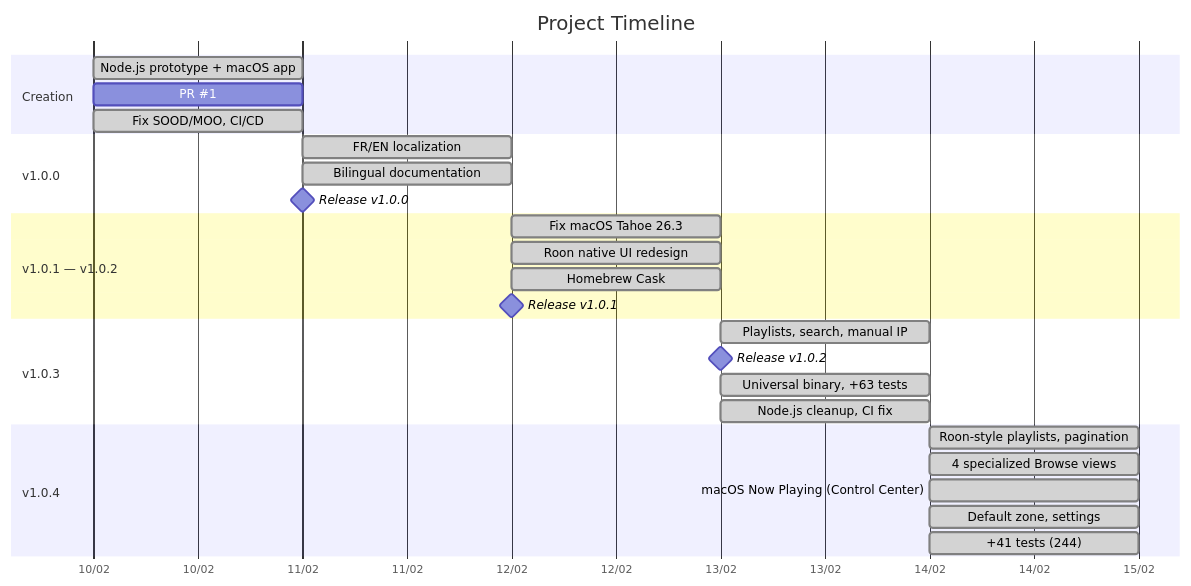
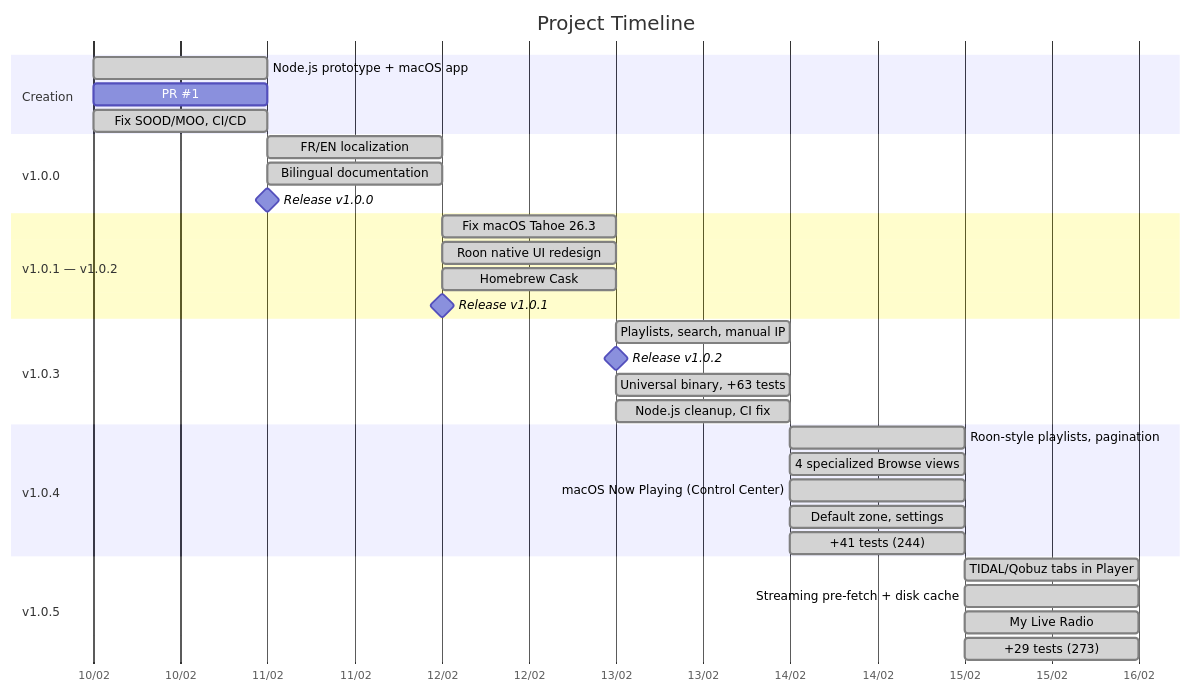
The diagram in docs/PROJECT_JOURNAL.en.md (renesenses/roon-controller), drawn with Mermaid before and after one commit. The commit also changed other lines of this file and 9 other files, not shown here.

Commit message:
Update docs for v1.0.5: changelog, README, architecture, journal, testing

````diff
--- a/docs/PROJECT_JOURNAL.en.md
+++ b/docs/PROJECT_JOURNAL.en.md
@@ -7,35 +7,41 @@
 ```mermaid
 gantt
     title Project Timeline
     dateFormat YYYY-MM-DD
     axisFormat %d/%m
 
     section Creation
     Node.js prototype + macOS app       :done, 2026-02-10, 1d
     PR #1: native Swift                 :done, 2026-02-10, 1d
     Fix SOOD/MOO, CI/CD                 :done, 2026-02-10, 1d
 
     section v1.0.0
     FR/EN localization                  :done, 2026-02-11, 1d
     Bilingual documentation             :done, 2026-02-11, 1d
     Release v1.0.0                      :milestone, 2026-02-11, 0d
 
     section v1.0.1 — v1.0.2
     Fix macOS Tahoe 26.3               :done, 2026-02-12, 1d
     Roon native UI redesign             :done, 2026-02-12, 1d
     Homebrew Cask                       :done, 2026-02-12, 1d
     Release v1.0.1                      :milestone, 2026-02-12, 0d
 
     section v1.0.3
     Playlists, search, manual IP        :done, 2026-02-13, 1d
     Release v1.0.2                      :milestone, 2026-02-13, 0d
     Universal binary, +63 tests         :done, 2026-02-13, 1d
     Node.js cleanup, CI fix             :done, 2026-02-13, 1d
 
     section v1.0.4
     Roon-style playlists, pagination    :done, 2026-02-14, 1d
     4 specialized Browse views          :done, 2026-02-14, 1d
     macOS Now Playing (Control Center)  :done, 2026-02-14, 1d
     Default zone, settings              :done, 2026-02-14, 1d
     +41 tests (244)                     :done, 2026-02-14, 1d
+
+    section v1.0.5
+    TIDAL/Qobuz tabs in Player          :done, 2026-02-15, 1d
+    Streaming pre-fetch + disk cache     :done, 2026-02-15, 1d
+    My Live Radio                        :done, 2026-02-15, 1d
+    +29 tests (273)                      :done, 2026-02-15, 1d
 ```
````
